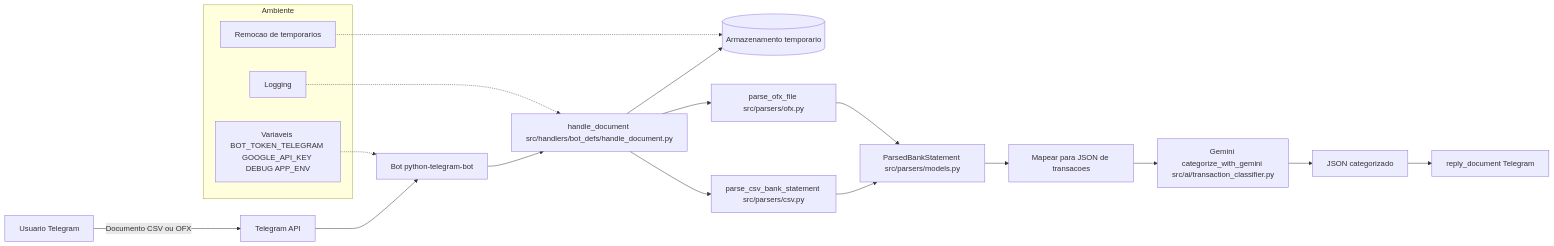
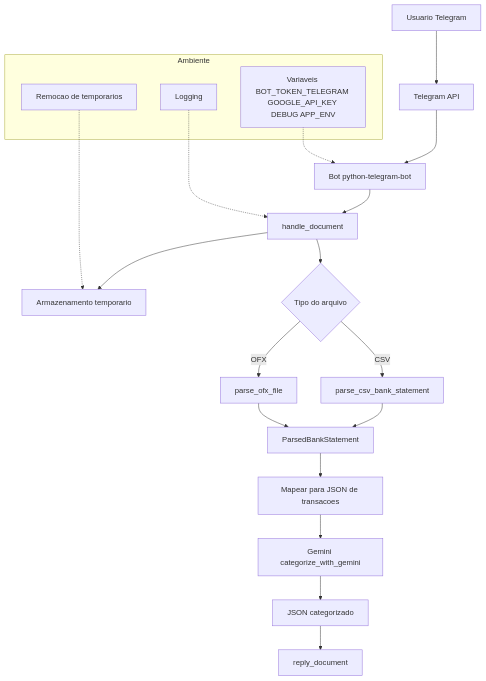
The diagram in README.md (dinero-organizer/financial-categorizer-bot), drawn with Mermaid before and after one commit. The commit also changed other lines of this file and 3 other files, not shown here.

````diff
--- a/README.md
+++ b/README.md
@@ -15,24 +13,25 @@
 ```mermaid
-flowchart LR
-  user[Usuario Telegram] -->|Documento CSV ou OFX| api[Telegram API]
+flowchart TB
+  user[Usuario Telegram] --> api[Telegram API]
   api --> bot[Bot python-telegram-bot]
-  bot --> handler[handle_document src/handlers/bot_defs/handle_document.py]
-  handler --> tmp[(Armazenamento temporario)]
-  handler --> csv[parse_csv_bank_statement src/parsers/csv.py]
-  handler --> ofx[parse_ofx_file src/parsers/ofx.py]
-  csv --> stmt[ParsedBankStatement src/parsers/models.py]
+  bot --> handler[handle_document]
+  handler --> tmp[Armazenamento temporario]
+  handler --> parser{Tipo do arquivo}
+  parser -->|CSV| csv[parse_csv_bank_statement]
+  parser -->|OFX| ofx[parse_ofx_file]
+  csv --> stmt[ParsedBankStatement]
   ofx --> stmt
   stmt --> map[Mapear para JSON de transacoes]
-  map --> ai[Gemini categorize_with_gemini src/ai/transaction_classifier.py]
+  map --> ai[Gemini categorize_with_gemini]
   ai --> result[JSON categorizado]
-  result --> reply[reply_document Telegram]
+  result --> reply[reply_document]
 
   subgraph Ambiente
     env[Variaveis BOT_TOKEN_TELEGRAM GOOGLE_API_KEY DEBUG APP_ENV]
     log[Logging]
     clean[Remocao de temporarios]
   end
   env -.-> bot
   clean -.-> tmp
   log -.-> handler
 ```
````
